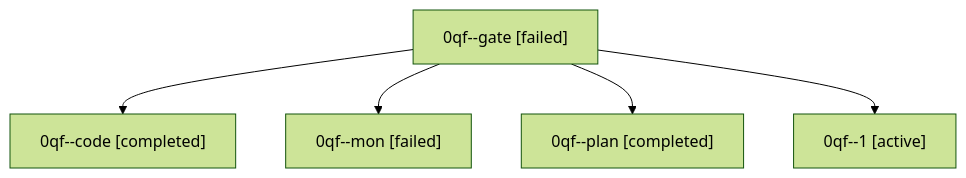
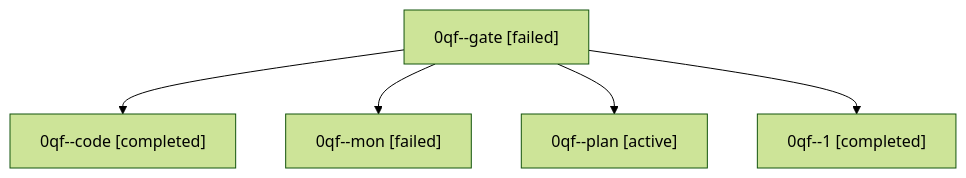
The diagram in families/bbugyi200.athena.0qf.md (sase-org/sase--agents), drawn with Mermaid (forest theme) before and after one commit. The commit also changed other lines of this file and 35830 other files, not shown here.

````diff
--- a/families/bbugyi200.athena.0qf.md
+++ b/families/bbugyi200.athena.0qf.md
@@ -9,12 +9,12 @@
 ```mermaid
 flowchart TD
   n0["0qf--gate [failed]"]
   n1["0qf--code [completed]"]
   n0 --> n1
   n2["0qf--mon [failed]"]
   n0 --> n2
-  n3["0qf--plan [completed]"]
+  n3["0qf--plan [active]"]
   n0 --> n3
-  n4["0qf--1 [active]"]
+  n4["0qf--1 [completed]"]
   n0 --> n4
 ```
````
